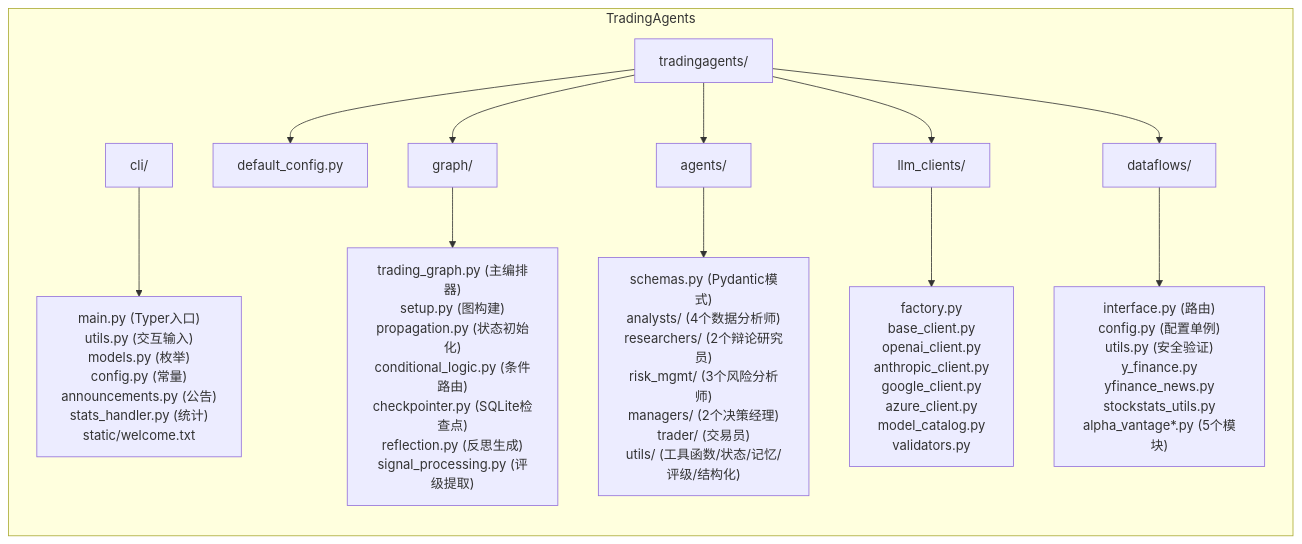
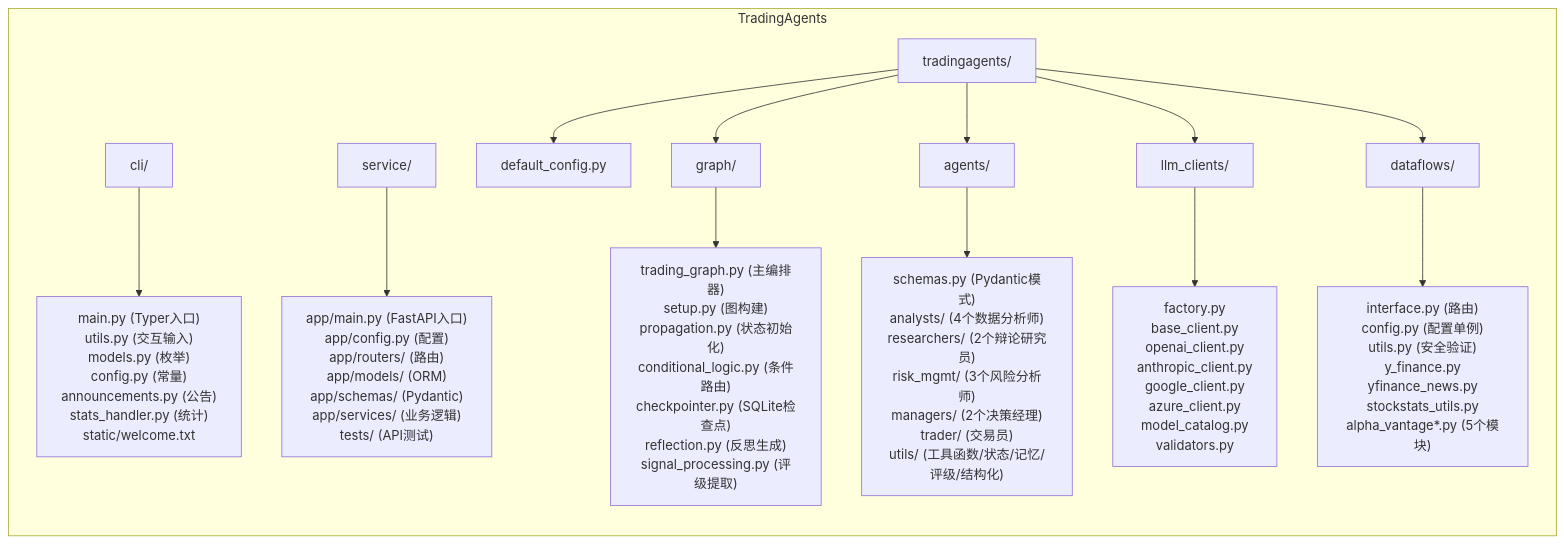
One commit to kindywu/TradingAgents changed diagram 16 of 16 in docs/架构设计文档.md. Above: the diagram before and after it, drawn with Mermaid. The commit also changed other lines of this file and 3 other files, not shown here.

````diff
--- a/docs/架构设计文档.md
+++ b/docs/架构设计文档.md
@@ -887,19 +894,21 @@
 ```mermaid
 graph LR
     subgraph TradingAgents
         CLI["cli/"] --> CLI_F["main.py (Typer入口)<br/>utils.py (交互输入)<br/>models.py (枚举)<br/>config.py (常量)<br/>announcements.py (公告)<br/>stats_handler.py (统计)<br/>static/welcome.txt"]
+
+        SVC["service/"] --> SVC_F["app/main.py (FastAPI入口)<br/>app/config.py (配置)<br/>app/routers/ (路由)<br/>app/models/ (ORM)<br/>app/schemas/ (Pydantic)<br/>app/services/ (业务逻辑)<br/>tests/ (API测试)"]
 
         TA["tradingagents/"] --> DEF["default_config.py"]
         TA --> GRAPH["graph/"]
         GRAPH --> GRAPH_F["trading_graph.py (主编排器)<br/>setup.py (图构建)<br/>propagation.py (状态初始化)<br/>conditional_logic.py (条件路由)<br/>checkpointer.py (SQLite检查点)<br/>reflection.py (反思生成)<br/>signal_processing.py (评级提取)"]
 
         TA --> AGENTS["agents/"]
         AGENTS --> AG_F["schemas.py (Pydantic模式)<br/>analysts/ (4个数据分析师)<br/>researchers/ (2个辩论研究员)<br/>risk_mgmt/ (3个风险分析师)<br/>managers/ (2个决策经理)<br/>trader/ (交易员)<br/>utils/ (工具函数/状态/记忆/评级/结构化)"]
 
         TA --> LLM["llm_clients/"]
         LLM --> LLM_F["factory.py<br/>base_client.py<br/>openai_client.py<br/>anthropic_client.py<br/>google_client.py<br/>azure_client.py<br/>model_catalog.py<br/>validators.py"]
 
         TA --> DF["dataflows/"]
         DF --> DF_F["interface.py (路由)<br/>config.py (配置单例)<br/>utils.py (安全验证)<br/>y_finance.py<br/>yfinance_news.py<br/>stockstats_utils.py<br/>alpha_vantage*.py (5个模块)"]
     end
 ```
````
